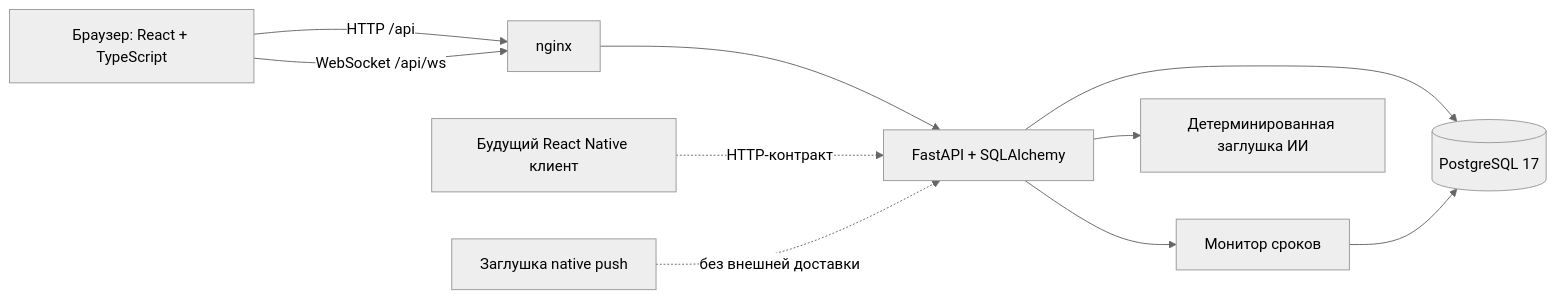
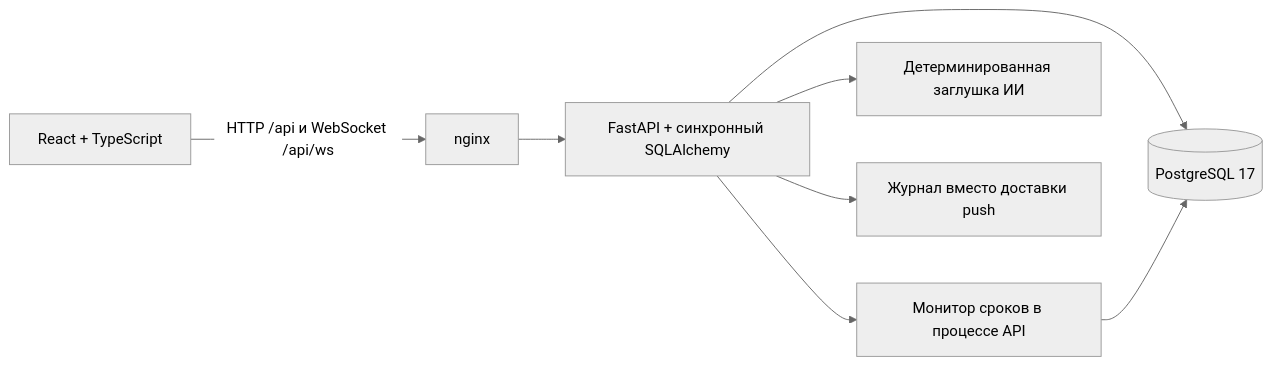
Before and after one commit to bshakaryan/km_case_hack: the first of 2 diagrams in docs/architecture.md, drawn with Mermaid (neutral theme). The commit also changed other lines of this file and 10 other files, not shown here.

````diff
--- a/docs/architecture.md
+++ b/docs/architecture.md
@@ -5,12 +9,10 @@
 ```mermaid
 flowchart LR
-  B[Браузер: React + TypeScript] -->|HTTP /api| N[nginx]
-  B -->|WebSocket /api/ws| N
-  N --> A[FastAPI + SQLAlchemy]
+  B[React + TypeScript] -->|HTTP /api и WebSocket /api/ws| N[nginx]
+  N --> A[FastAPI + синхронный SQLAlchemy]
   A --> D[(PostgreSQL 17)]
-  A --> M[Монитор сроков]
+  A --> M[Монитор сроков в процессе API]
   M --> D
   A --> S[Детерминированная заглушка ИИ]
-  R[Будущий React Native клиент] -. HTTP-контракт .-> A
-  P[Заглушка native push] -. без внешней доставки .-> A
+  A --> P[Журнал вместо доставки push]
 ```
````
